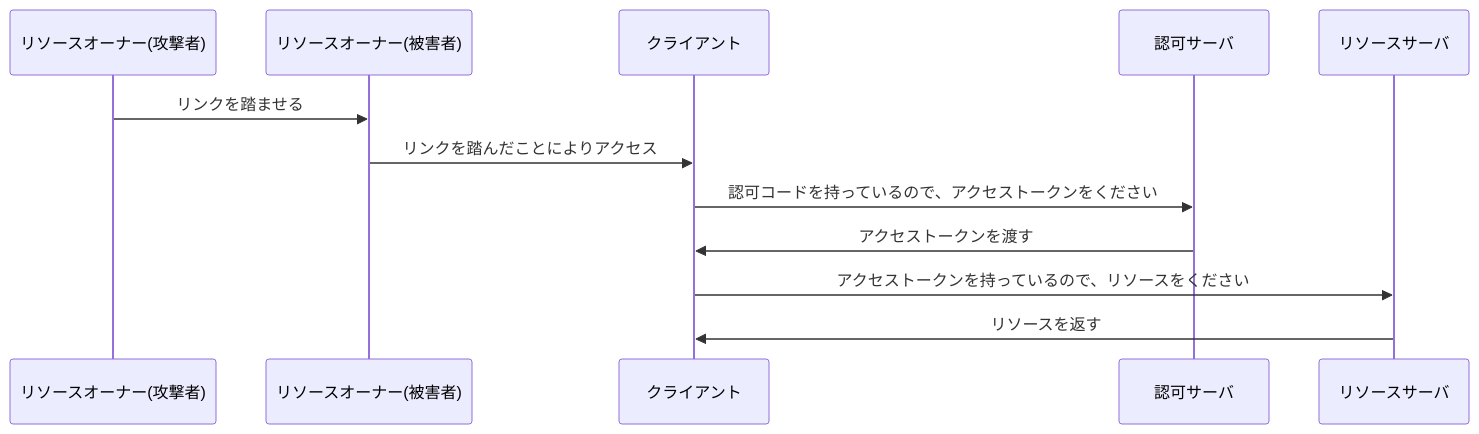
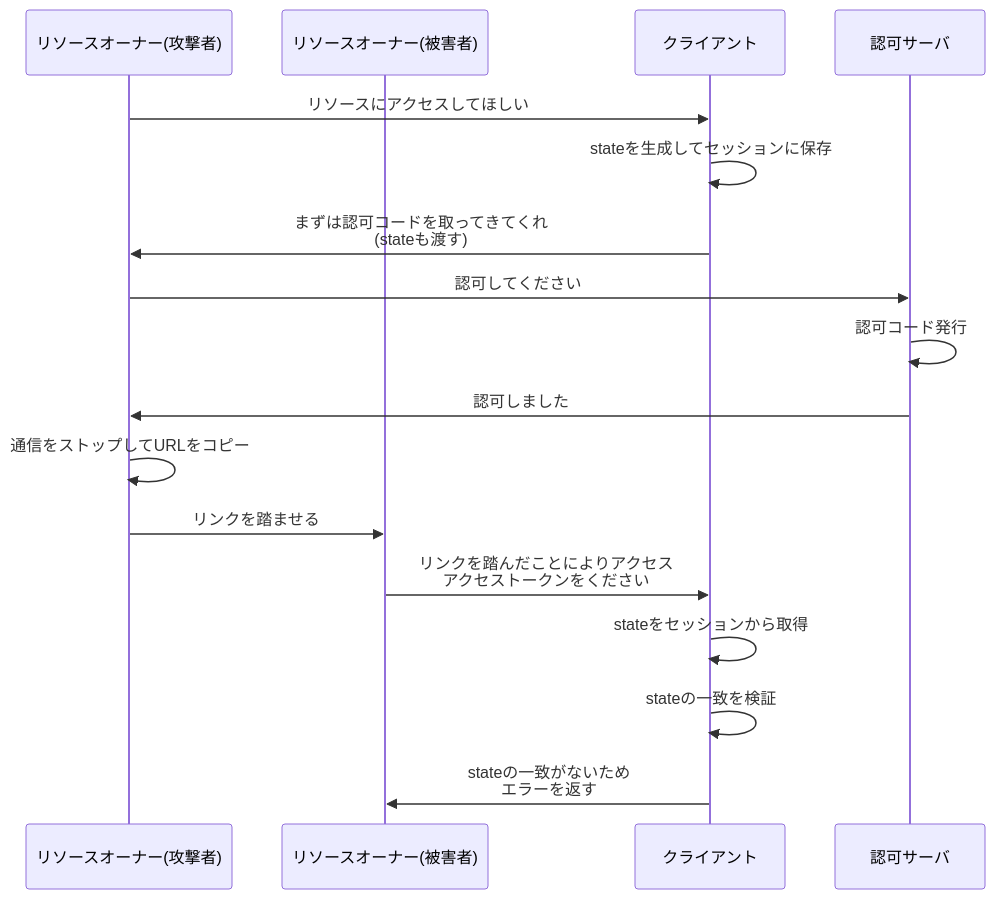
Diagram 14 of 18 in articles/5e8da6c491e720.md (calloc134/zenn-dir), drawn with Mermaid before and after one commit. The commit also changed other lines of this file, not shown here.

Commit message:
CSRFのフロー図のみ修正

````diff
--- a/articles/5e8da6c491e720.md
+++ b/articles/5e8da6c491e720.md
@@ -1189,15 +1261,20 @@
 ```mermaid
-  sequenceDiagram
-  participant リソースオーナー(攻撃者)
-  participant リソースオーナー(被害者)
-  participant クライアント
-  participant 認可サーバ
-  participant リソースサーバ
+sequenceDiagram
+    participant リソースオーナー(攻撃者)
+    participant リソースオーナー(被害者)
+    participant クライアント
+    participant 認可サーバ
 
-  リソースオーナー(攻撃者)->>リソースオーナー(被害者): リンクを踏ませる
-  リソースオーナー(被害者)->>クライアント: リンクを踏んだことによりアクセス
-  クライアント->>認可サーバ: 認可コードを持っているので、アクセストークンをください
-  認可サーバ->>クライアント: アクセストークンを渡す
-  クライアント->>リソースサーバ: アクセストークンを持っているので、リソースをください
-  リソースサーバ->>クライアント: リソースを返す
+    リソースオーナー(攻撃者)->> クライアント: リソースにアクセスしてほしい
+    クライアント->>クライアント: stateを生成してセッションに保存
+    クライアント->> リソースオーナー(攻撃者): まずは認可コードを取ってきてくれ<br>(stateも渡す)
+    リソースオーナー(攻撃者)->> 認可サーバ: 認可してください
+    認可サーバ->> 認可サーバ: 認可コード発行
+    認可サーバ->> リソースオーナー(攻撃者): 認可しました
+    リソースオーナー(攻撃者)->> リソースオーナー(攻撃者): 通信をストップしてURLをコピー
+    リソースオーナー(攻撃者)->> リソースオーナー(被害者): リンクを踏ませる
+    リソースオーナー(被害者)->> クライアント: リンクを踏んだことによりアクセス<br>アクセストークンをください
+    クライアント->> クライアント: stateをセッションから取得
+    クライアント->>クライアント: stateの一致を検証
+    クライアント->> リソースオーナー(被害者): stateの一致がないため<br>エラーを返す
 ```
````
